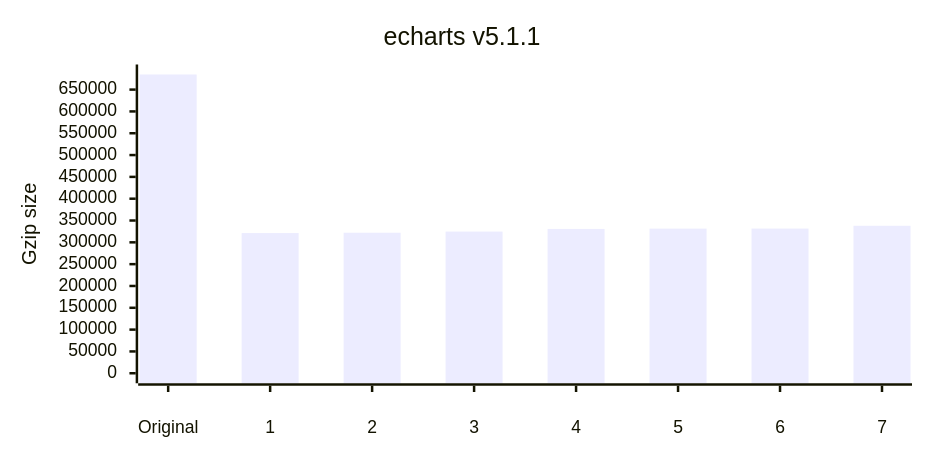
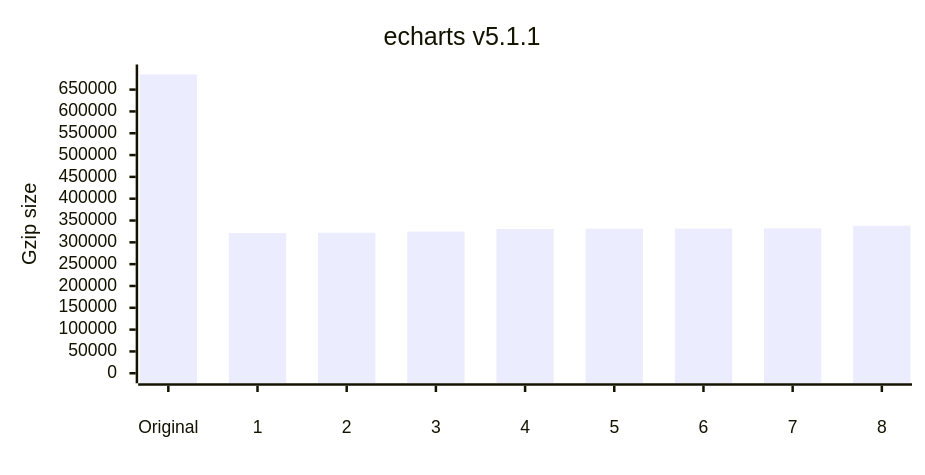
One commit to privatenumber/minification-benchmarks changed the tenth of 12 diagrams in README.md. Above: the diagram before and after it, drawn with Mermaid. The commit also changed other lines of this file and 1 other file, not shown here.

````diff
--- a/README.md
+++ b/README.md
@@ -437,17 +437,17 @@
 ```mermaid
 ---
 config:
     xyChart:
         width: 720
         height: 360
         xAxis:
             labelPadding: 20
         yAxis:
             labelPadding: 10
 ---
 xychart-beta
 	title "echarts v5.1.1"
-	x-axis ["Original",1,2,3,4,5,6,7]
+	x-axis ["Original",1,2,3,4,5,6,7,8]
 	y-axis "Gzip size" 0 --> 684611
-	bar [684611,321255,321986,324608,330736,331412,331563,337934]
+	bar [684611,321255,321986,324608,330736,331412,331563,331847,337934]
 ```
````
